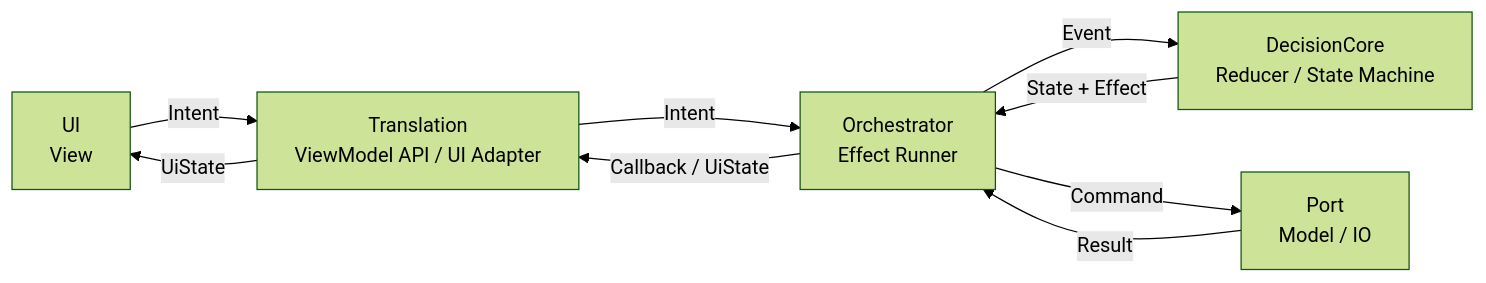
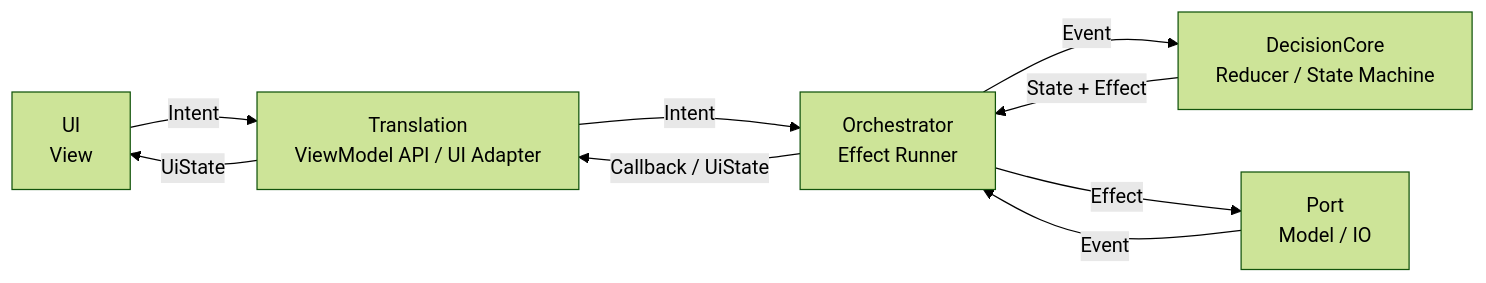
The diagram in docs/SOP/README.md (linwuqu/MixTheBluetooth), drawn with Mermaid (forest theme) before and after one commit. The commit also changed other lines of this file and 26 other files, not shown here.

````diff
--- a/docs/SOP/README.md
+++ b/docs/SOP/README.md
@@ -28,17 +28,17 @@
 ```mermaid
 flowchart LR
   UI["UI\nView"]
   T["Translation\nViewModel API / UI Adapter"]
   O["Orchestrator\nEffect Runner"]
   D["DecisionCore\nReducer / State Machine"]
   Port["Port\nModel / IO"]
 
   UI -->|Intent| T
   T -->|Intent| O
   O -->|Event| D
   D -->|State + Effect| O
-  O -->|Command| Port
-  Port -->|Result| O
+  O -->|Effect| Port
+  Port -->|Event| O
   O -->|Callback / UiState| T
   T -->|UiState| UI
 ```
````
